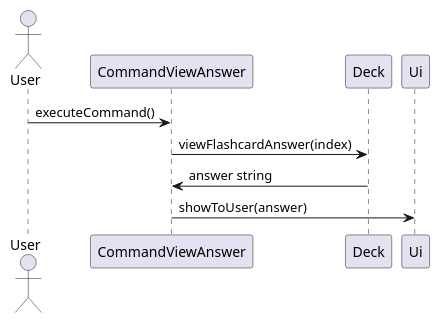
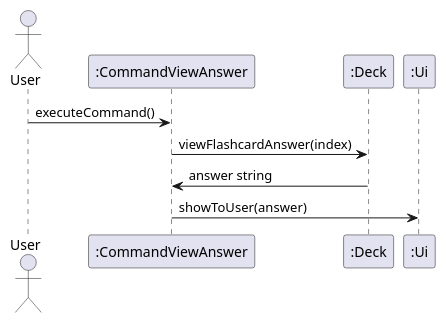
One commit to felfelyuen/tp changed the diagram in docs/diagrams/ViewAnsSeqDiagram.puml. Above: the diagram before and after it, drawn with PlantUML. The commit also changed 16 other files, not shown here.

Commit message:
edited diagrams and developer guide to include naming convention and updated diagrams

```diff
--- a/docs/diagrams/ViewAnsSeqDiagram.puml
+++ b/docs/diagrams/ViewAnsSeqDiagram.puml
@@ -1,7 +1,10 @@
 @startuml
 actor User
+participant ":CommandViewAnswer" as CommandViewAnswer
+participant ":Deck" as Deck
+participant ":Ui" as Ui
 User -> CommandViewAnswer : executeCommand()
 CommandViewAnswer -> Deck : viewFlashcardAnswer(index)
 Deck -> CommandViewAnswer : answer string
 CommandViewAnswer -> Ui : showToUser(answer)
 @enduml
```
